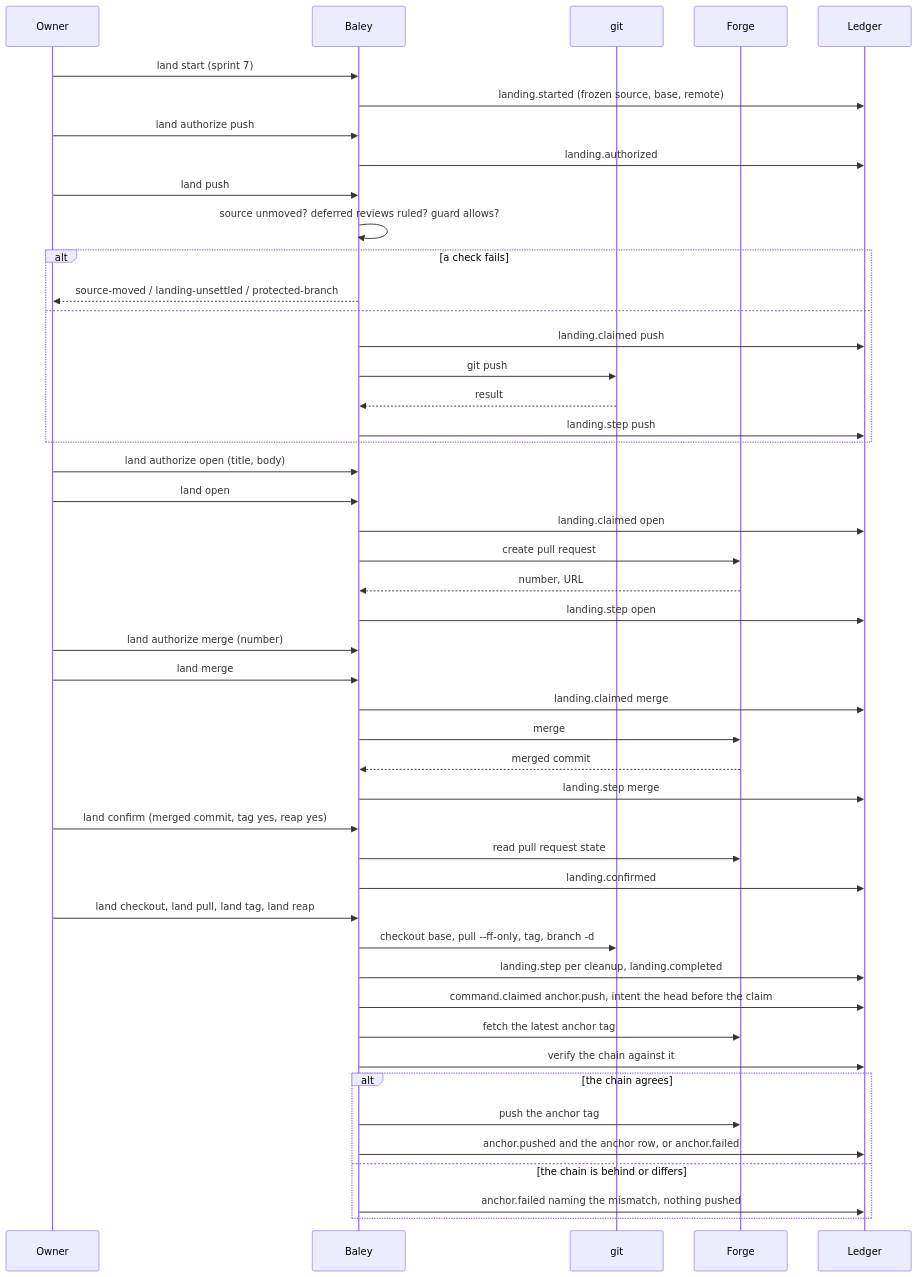
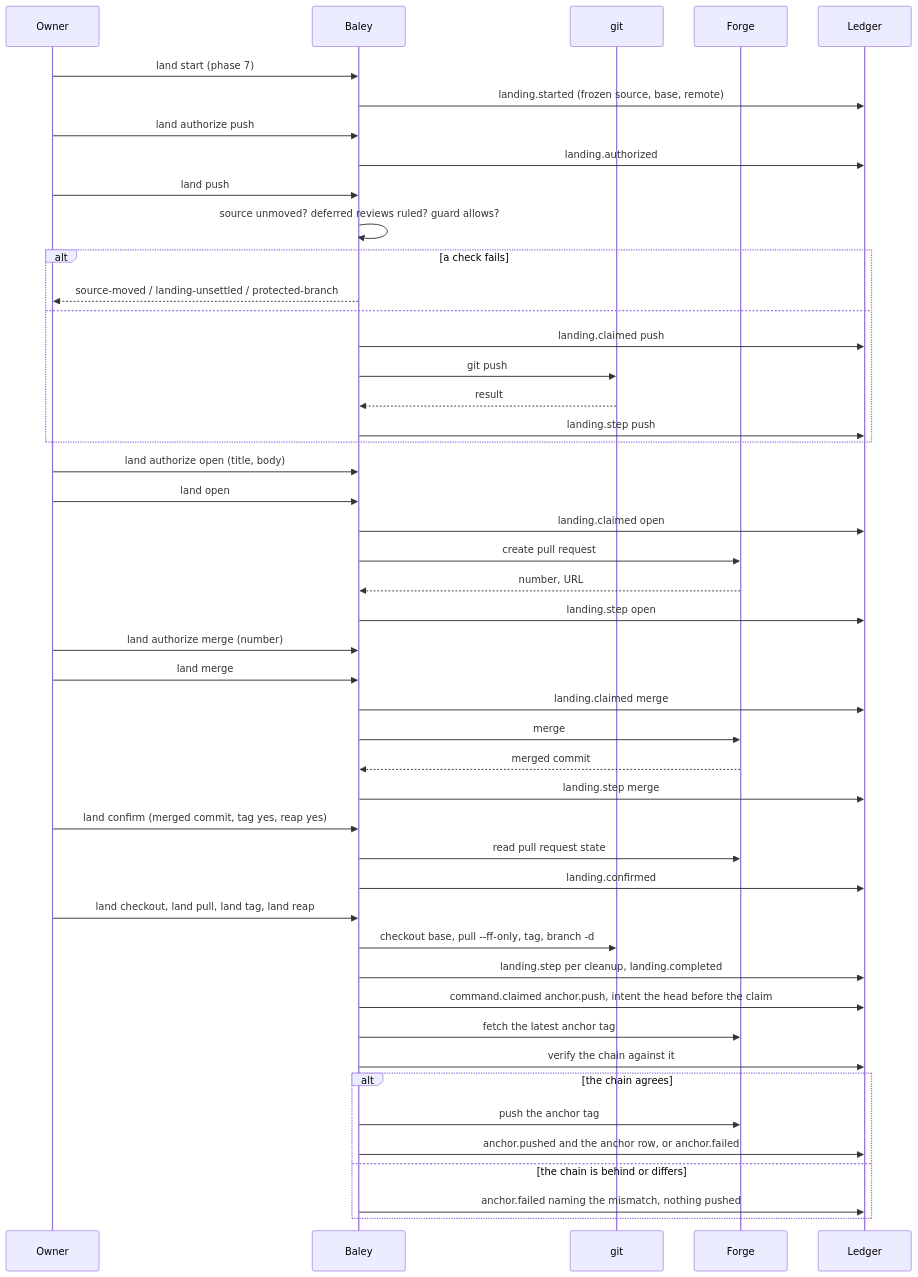
Before and after one commit to crenshawdev/baley: the fourth of 6 diagrams in docs/design/0011-milestones-landing-undo-pause.md, drawn with Mermaid. The commit also changed other lines of this file and 21 other files, not shown here.

````diff
--- a/docs/design/0011-milestones-landing-undo-pause.md
+++ b/docs/design/0011-milestones-landing-undo-pause.md
@@ -232,49 +232,49 @@
 ```mermaid
 sequenceDiagram
   participant O as Owner
   participant B as Baley
   participant G as git
   participant F as Forge
   participant L as Ledger
-  O->>B: land start (sprint 7)
+  O->>B: land start (phase 7)
   B->>L: landing.started (frozen source, base, remote)
   O->>B: land authorize push
   B->>L: landing.authorized
   O->>B: land push
   B->>B: source unmoved? deferred reviews ruled? guard allows?
   alt a check fails
     B-->>O: source-moved / landing-unsettled / protected-branch
   else
     B->>L: landing.claimed push
     B->>G: git push
     G-->>B: result
     B->>L: landing.step push
   end
   O->>B: land authorize open (title, body)
   O->>B: land open
   B->>L: landing.claimed open
   B->>F: create pull request
   F-->>B: number, URL
   B->>L: landing.step open
   O->>B: land authorize merge (number)
   O->>B: land merge
   B->>L: landing.claimed merge
   B->>F: merge
   F-->>B: merged commit
   B->>L: landing.step merge
   O->>B: land confirm (merged commit, tag yes, reap yes)
   B->>F: read pull request state
   B->>L: landing.confirmed
   O->>B: land checkout, land pull, land tag, land reap
   B->>G: checkout base, pull --ff-only, tag, branch -d
   B->>L: landing.step per cleanup, landing.completed
   B->>L: command.claimed anchor.push, intent the head before the claim
   B->>F: fetch the latest anchor tag
   B->>L: verify the chain against it
   alt the chain agrees
     B->>F: push the anchor tag
     B->>L: anchor.pushed and the anchor row, or anchor.failed
   else the chain is behind or differs
     B->>L: anchor.failed naming the mismatch, nothing pushed
   end
 ```
````
